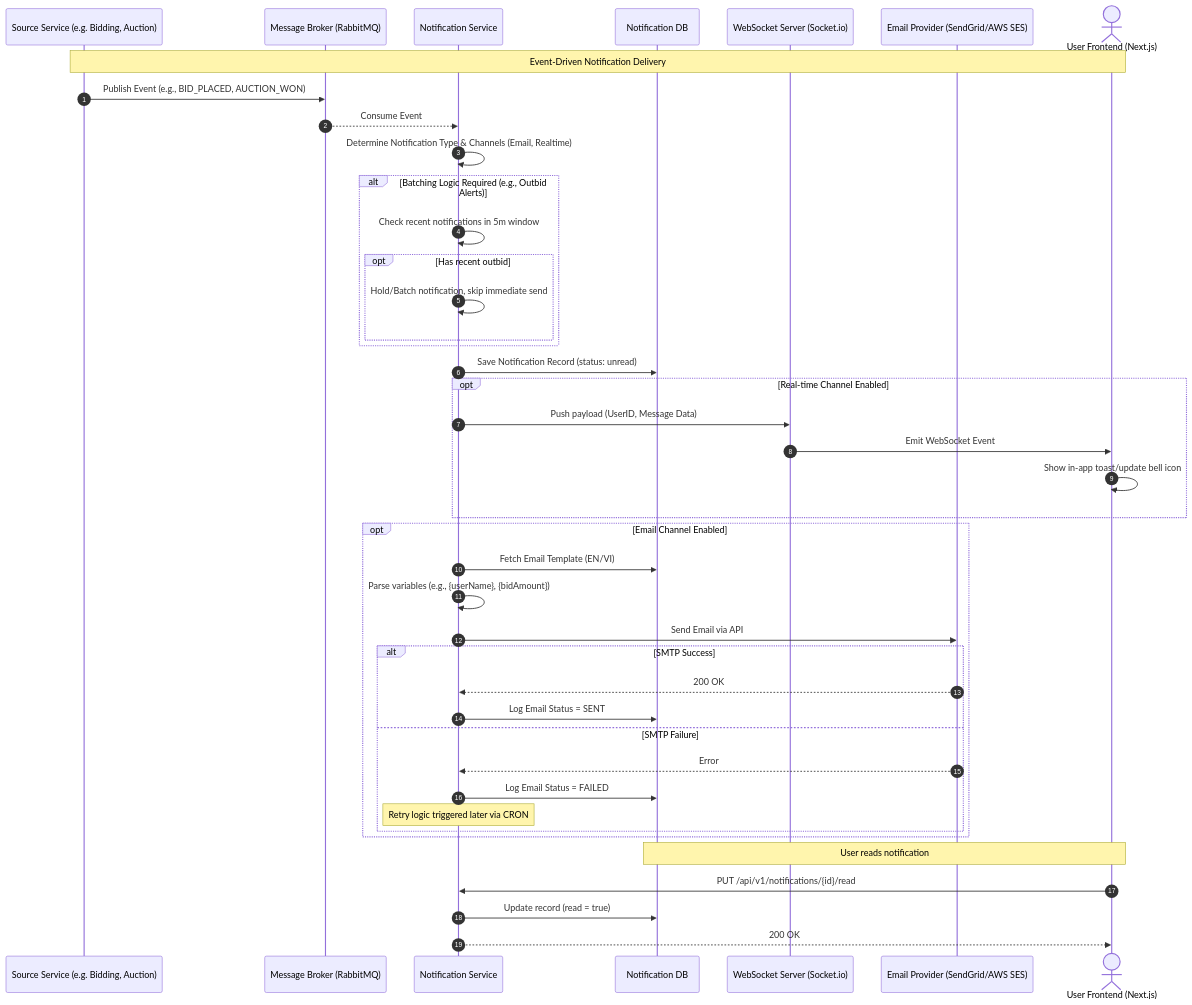
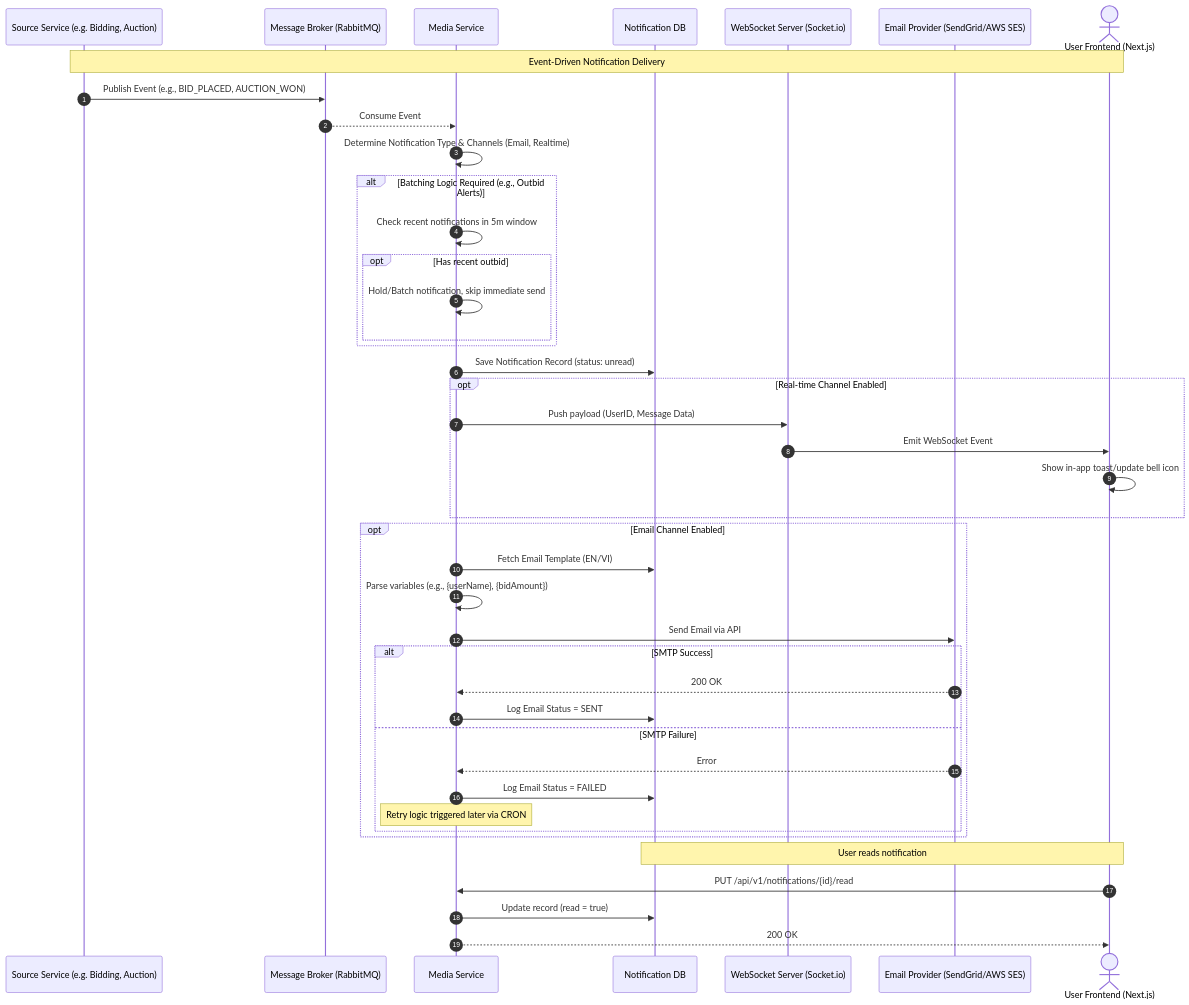
Before and after one commit to KhoaLy2003/bidnow: the diagram in docs/diagrams/07-notification-delivery-flow.md, drawn with Mermaid. The commit also changed 88 other files, not shown here.

````diff
--- a/docs/diagrams/07-notification-delivery-flow.md
+++ b/docs/diagrams/07-notification-delivery-flow.md
@@ -3,58 +3,58 @@
 ```mermaid
 sequenceDiagram
     autonumber
     participant Src as Source Service (e.g. Bidding, Auction)
     participant MQ as Message Broker (RabbitMQ)
-    participant NS as Notification Service
+    participant NS as Media Service
     participant DB_NS as Notification DB
     participant WS_Server as WebSocket Server (Socket.io)
     participant SMTP as Email Provider (SendGrid/AWS SES)
     actor Client as User Frontend (Next.js)
 
     Note over Src, Client: Event-Driven Notification Delivery
     
     Src->>MQ: Publish Event (e.g., BID_PLACED, AUCTION_WON)
     MQ-->>NS: Consume Event
     
     %% Processing logic
     NS->>NS: Determine Notification Type & Channels (Email, Realtime)
     
     alt Batching Logic Required (e.g., Outbid Alerts)
         NS->>NS: Check recent notifications in 5m window
         opt Has recent outbid
             NS->>NS: Hold/Batch notification, skip immediate send
         end
     end
     
     %% Persistence
     NS->>DB_NS: Save Notification Record (status: unread)
     
     %% Real-time Delivery
     opt Real-time Channel Enabled
         NS->>WS_Server: Push payload (UserID, Message Data)
         WS_Server->>Client: Emit WebSocket Event
         Client->>Client: Show in-app toast/update bell icon
     end
     
     %% Email Delivery
     opt Email Channel Enabled
         NS->>DB_NS: Fetch Email Template (EN/VI)
         NS->>NS: Parse variables (e.g., {userName}, {bidAmount})
         NS->>SMTP: Send Email via API
         
         alt SMTP Success
             SMTP-->>NS: 200 OK
             NS->>DB_NS: Log Email Status = SENT
         else SMTP Failure
             SMTP-->>NS: Error
             NS->>DB_NS: Log Email Status = FAILED
             Note over NS: Retry logic triggered later via CRON
         end
     end
     
     %% User Interaction
     Note over Client, DB_NS: User reads notification
     Client->>NS: PUT /api/v1/notifications/{id}/read
     NS->>DB_NS: Update record (read = true)
     NS-->>Client: 200 OK
 ```
````
